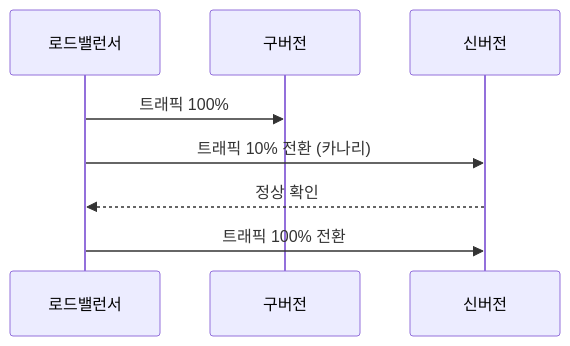
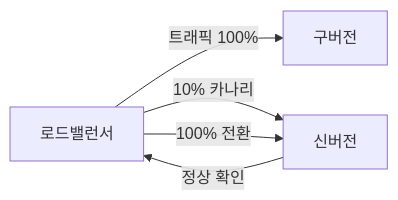
Before and after one commit to yjkim2015/yjkim2015.github.io: the third of 17 diagrams in _posts/systemdesign/2026-05-02-system-design-fundamentals.md, drawn with Mermaid. The commit also changed other lines of this file and 84 other files, not shown here.

First line of the commit message:
85개 포스트 Mermaid 다이어그램 규칙 일괄 수정

````diff
--- a/_posts/systemdesign/2026-05-02-system-design-fundamentals.md
+++ b/_posts/systemdesign/2026-05-02-system-design-fundamentals.md
@@ -123,10 +123,7 @@
 ```mermaid
-sequenceDiagram
-    participant LB as 로드밸런서
-    participant 구버전
-    participant 신버전
-    LB->>구버전: 트래픽 100%
-    LB->>신버전: 트래픽 10% 전환 (카나리)
-    신버전-->>LB: 정상 확인
-    LB->>신버전: 트래픽 100% 전환
+graph LR
+    A[로드밸런서] -->|트래픽 100%| B[구버전]
+    A -->|10% 카나리| C[신버전]
+    C -->|정상 확인| A
+    A -->|100% 전환| C
 ```
````
